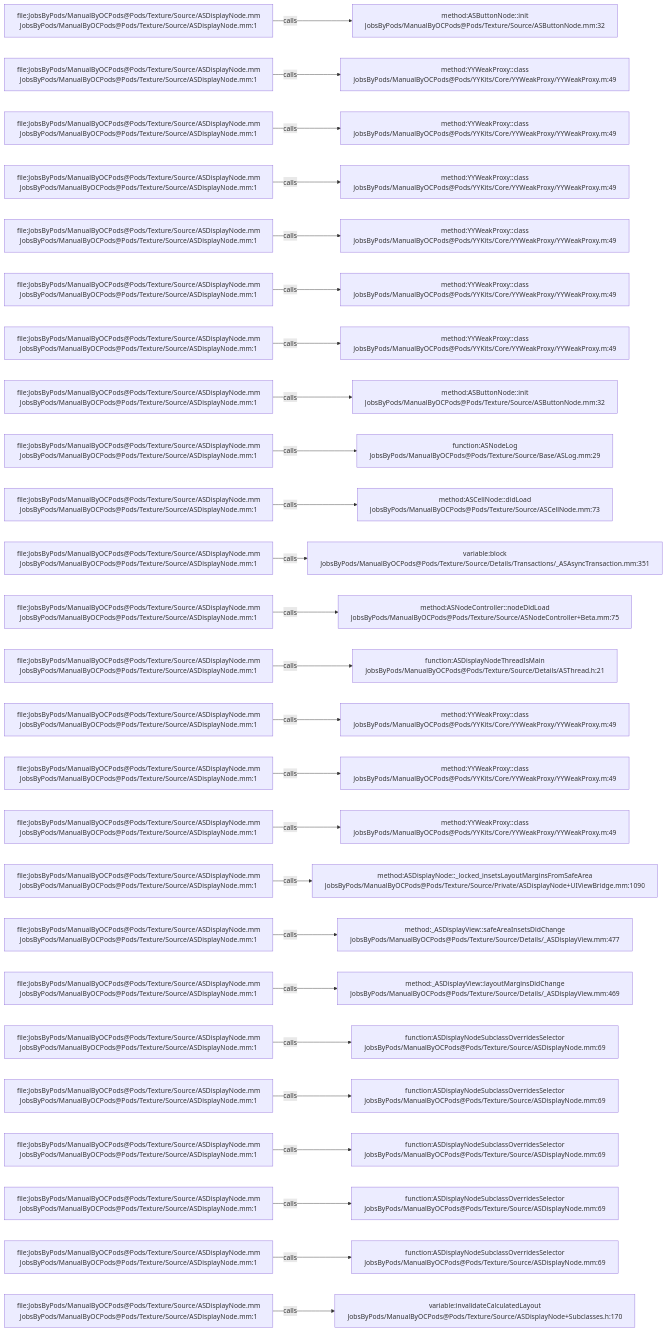
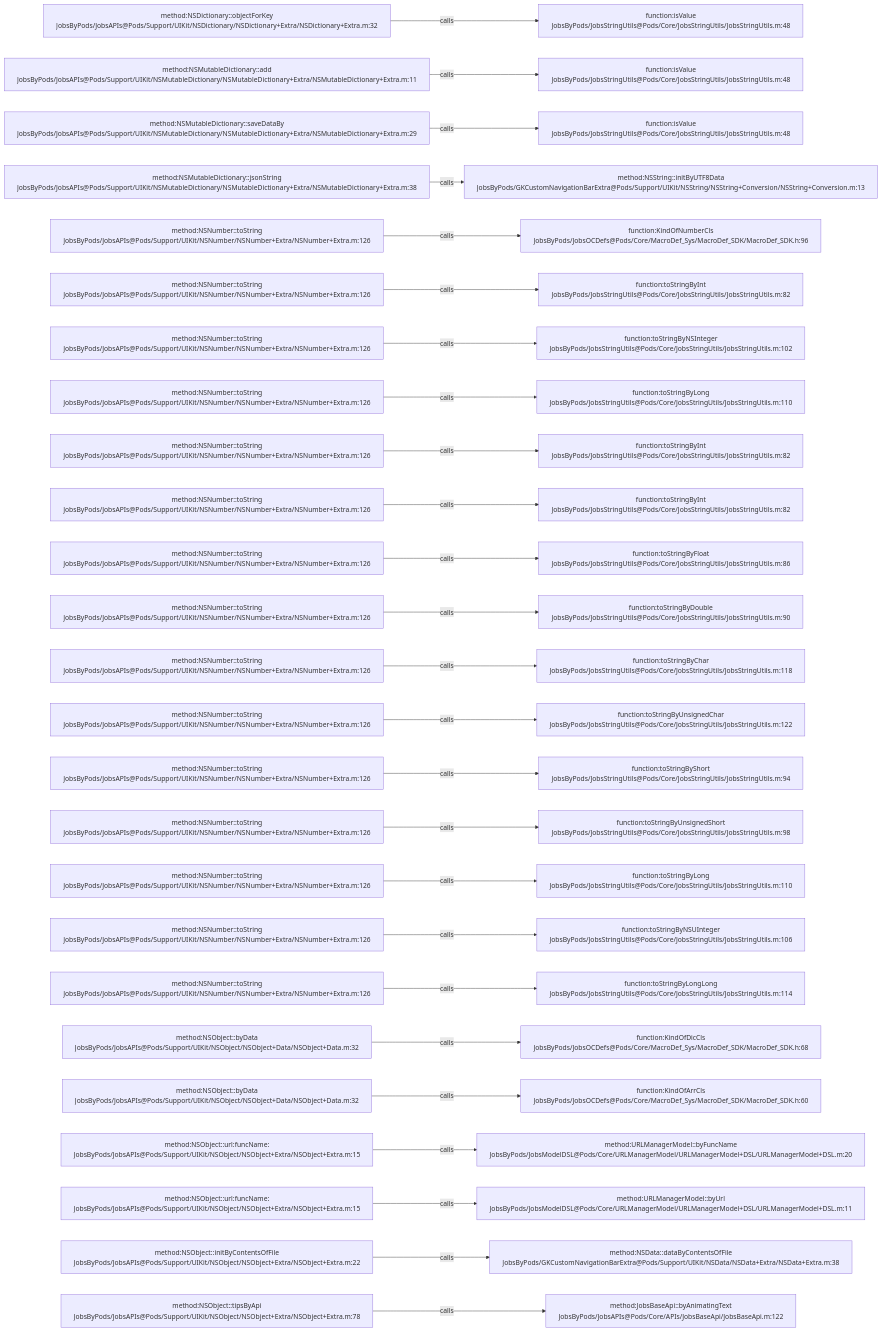
One commit to JobsKits/JobsOCBaseConfigDemo changed the diagram in .codegraph/codegraph.md/graphs/calls-083.md. Above: the diagram before and after it, drawn with Mermaid. The commit also changed 768 other files, not shown here.

````diff
--- a/.codegraph/codegraph.md/graphs/calls-083.md
+++ b/.codegraph/codegraph.md/graphs/calls-083.md
@@ -13,78 +13,78 @@
 ```mermaid
 flowchart LR
-  S1["file:JobsByPods/ManualByOCPods@Pods/Texture/Source/ASDisplayNode.mm<br/>JobsByPods/ManualByOCPods@Pods/Texture/Source/ASDisplayNode.mm:1"]
-  T1["method:ASButtonNode::init<br/>JobsByPods/ManualByOCPods@Pods/Texture/Source/ASButtonNode.mm:32"]
+  S1["method:NSDictionary::objectForKey<br/>JobsByPods/JobsAPIs@Pods/Support/UIKit/NSDictionary/NSDictionary+Extra/NSDictionary+Extra.m:32"]
+  T1["function:isValue<br/>JobsByPods/JobsStringUtils@Pods/Core/JobsStringUtils/JobsStringUtils.m:48"]
   S1 -->|calls| T1
-  S2["file:JobsByPods/ManualByOCPods@Pods/Texture/Source/ASDisplayNode.mm<br/>JobsByPods/ManualByOCPods@Pods/Texture/Source/ASDisplayNode.mm:1"]
-  T2["method:YYWeakProxy::class<br/>JobsByPods/ManualByOCPods@Pods/YYKits/Core/YYWeakProxy/YYWeakProxy.m:49"]
+  S2["method:NSMutableDictionary::add<br/>JobsByPods/JobsAPIs@Pods/Support/UIKit/NSMutableDictionary/NSMutableDictionary+Extra/NSMutableDictionary+Extra.m:11"]
+  T2["function:isValue<br/>JobsByPods/JobsStringUtils@Pods/Core/JobsStringUtils/JobsStringUtils.m:48"]
   S2 -->|calls| T2
-  S3["file:JobsByPods/ManualByOCPods@Pods/Texture/Source/ASDisplayNode.mm<br/>JobsByPods/ManualByOCPods@Pods/Texture/Source/ASDisplayNode.mm:1"]
-  T3["method:YYWeakProxy::class<br/>JobsByPods/ManualByOCPods@Pods/YYKits/Core/YYWeakProxy/YYWeakProxy.m:49"]
+  S3["method:NSMutableDictionary::saveDataBy<br/>JobsByPods/JobsAPIs@Pods/Support/UIKit/NSMutableDictionary/NSMutableDictionary+Extra/NSMutableDictionary+Extra.m:29"]
+  T3["function:isValue<br/>JobsByPods/JobsStringUtils@Pods/Core/JobsStringUtils/JobsStringUtils.m:48"]
   S3 -->|calls| T3
-  S4["file:JobsByPods/ManualByOCPods@Pods/Texture/Source/ASDisplayNode.mm<br/>JobsByPods/ManualByOCPods@Pods/Texture/Source/ASDisplayNode.mm:1"]
-  T4["method:YYWeakProxy::class<br/>JobsByPods/ManualByOCPods@Pods/YYKits/Core/YYWeakProxy/YYWeakProxy.m:49"]
+  S4["method:NSMutableDictionary::jsonString<br/>JobsByPods/JobsAPIs@Pods/Support/UIKit/NSMutableDictionary/NSMutableDictionary+Extra/NSMutableDictionary+Extra.m:38"]
+  T4["method:NSString::initByUTF8Data<br/>JobsByPods/GKCustomNavigationBarExtra@Pods/Support/UIKit/NSString/NSString+Conversion/NSString+Conversion.m:13"]
   S4 -->|calls| T4
-  S5["file:JobsByPods/ManualByOCPods@Pods/Texture/Source/ASDisplayNode.mm<br/>JobsByPods/ManualByOCPods@Pods/Texture/Source/ASDisplayNode.mm:1"]
-  T5["method:YYWeakProxy::class<br/>JobsByPods/ManualByOCPods@Pods/YYKits/Core/YYWeakProxy/YYWeakProxy.m:49"]
+  S5["method:NSNumber::toString<br/>JobsByPods/JobsAPIs@Pods/Support/UIKit/NSNumber/NSNumber+Extra/NSNumber+Extra.m:126"]
+  T5["function:KindOfNumberCls<br/>JobsByPods/JobsOCDefs@Pods/Core/MacroDef_Sys/MacroDef_SDK/MacroDef_SDK.h:96"]
   S5 -->|calls| T5
-  S6["file:JobsByPods/ManualByOCPods@Pods/Texture/Source/ASDisplayNode.mm<br/>JobsByPods/ManualByOCPods@Pods/Texture/Source/ASDisplayNode.mm:1"]
-  T6["method:YYWeakProxy::class<br/>JobsByPods/ManualByOCPods@Pods/YYKits/Core/YYWeakProxy/YYWeakProxy.m:49"]
+  S6["method:NSNumber::toString<br/>JobsByPods/JobsAPIs@Pods/Support/UIKit/NSNumber/NSNumber+Extra/NSNumber+Extra.m:126"]
+  T6["function:toStringByInt<br/>JobsByPods/JobsStringUtils@Pods/Core/JobsStringUtils/JobsStringUtils.m:82"]
   S6 -->|calls| T6
-  S7["file:JobsByPods/ManualByOCPods@Pods/Texture/Source/ASDisplayNode.mm<br/>JobsByPods/ManualByOCPods@Pods/Texture/Source/ASDisplayNode.mm:1"]
-  T7["method:YYWeakProxy::class<br/>JobsByPods/ManualByOCPods@Pods/YYKits/Core/YYWeakProxy/YYWeakProxy.m:49"]
+  S7["method:NSNumber::toString<br/>JobsByPods/JobsAPIs@Pods/Support/UIKit/NSNumber/NSNumber+Extra/NSNumber+Extra.m:126"]
+  T7["function:toStringByNSInteger<br/>JobsByPods/JobsStringUtils@Pods/Core/JobsStringUtils/JobsStringUtils.m:102"]
   S7 -->|calls| T7
-  S8["file:JobsByPods/ManualByOCPods@Pods/Texture/Source/ASDisplayNode.mm<br/>JobsByPods/ManualByOCPods@Pods/Texture/Source/ASDisplayNode.mm:1"]
-  T8["method:ASButtonNode::init<br/>JobsByPods/ManualByOCPods@Pods/Texture/Source/ASButtonNode.mm:32"]
+  S8["method:NSNumber::toString<br/>JobsByPods/JobsAPIs@Pods/Support/UIKit/NSNumber/NSNumber+Extra/NSNumber+Extra.m:126"]
+  T8["function:toStringByLong<br/>JobsByPods/JobsStringUtils@Pods/Core/JobsStringUtils/JobsStringUtils.m:110"]
   S8 -->|calls| T8
-  S9["file:JobsByPods/ManualByOCPods@Pods/Texture/Source/ASDisplayNode.mm<br/>JobsByPods/ManualByOCPods@Pods/Texture/Source/ASDisplayNode.mm:1"]
-  T9["function:ASNodeLog<br/>JobsByPods/ManualByOCPods@Pods/Texture/Source/Base/ASLog.mm:29"]
+  S9["method:NSNumber::toString<br/>JobsByPods/JobsAPIs@Pods/Support/UIKit/NSNumber/NSNumber+Extra/NSNumber+Extra.m:126"]
+  T9["function:toStringByInt<br/>JobsByPods/JobsStringUtils@Pods/Core/JobsStringUtils/JobsStringUtils.m:82"]
   S9 -->|calls| T9
-  S10["file:JobsByPods/ManualByOCPods@Pods/Texture/Source/ASDisplayNode.mm<br/>JobsByPods/ManualByOCPods@Pods/Texture/Source/ASDisplayNode.mm:1"]
-  T10["method:ASCellNode::didLoad<br/>JobsByPods/ManualByOCPods@Pods/Texture/Source/ASCellNode.mm:73"]
+  S10["method:NSNumber::toString<br/>JobsByPods/JobsAPIs@Pods/Support/UIKit/NSNumber/NSNumber+Extra/NSNumber+Extra.m:126"]
+  T10["function:toStringByInt<br/>JobsByPods/JobsStringUtils@Pods/Core/JobsStringUtils/JobsStringUtils.m:82"]
   S10 -->|calls| T10
-  S11["file:JobsByPods/ManualByOCPods@Pods/Texture/Source/ASDisplayNode.mm<br/>JobsByPods/ManualByOCPods@Pods/Texture/Source/ASDisplayNode.mm:1"]
-  T11["variable:block<br/>JobsByPods/ManualByOCPods@Pods/Texture/Source/Details/Transactions/_ASAsyncTransaction.mm:351"]
+  S11["method:NSNumber::toString<br/>JobsByPods/JobsAPIs@Pods/Support/UIKit/NSNumber/NSNumber+Extra/NSNumber+Extra.m:126"]
+  T11["function:toStringByFloat<br/>JobsByPods/JobsStringUtils@Pods/Core/JobsStringUtils/JobsStringUtils.m:86"]
   S11 -->|calls| T11
-  S12["file:JobsByPods/ManualByOCPods@Pods/Texture/Source/ASDisplayNode.mm<br/>JobsByPods/ManualByOCPods@Pods/Texture/Source/ASDisplayNode.mm:1"]
-  T12["method:ASNodeController::nodeDidLoad<br/>JobsByPods/ManualByOCPods@Pods/Texture/Source/ASNodeController+Beta.mm:75"]
+  S12["method:NSNumber::toString<br/>JobsByPods/JobsAPIs@Pods/Support/UIKit/NSNumber/NSNumber+Extra/NSNumber+Extra.m:126"]
+  T12["function:toStringByDouble<br/>JobsByPods/JobsStringUtils@Pods/Core/JobsStringUtils/JobsStringUtils.m:90"]
   S12 -->|calls| T12
-  S13["file:JobsByPods/ManualByOCPods@Pods/Texture/Source/ASDisplayNode.mm<br/>JobsByPods/ManualByOCPods@Pods/Texture/Source/ASDisplayNode.mm:1"]
-  T13["function:ASDisplayNodeThreadIsMain<br/>JobsByPods/ManualByOCPods@Pods/Texture/Source/Details/ASThread.h:21"]
+  S13["method:NSNumber::toString<br/>JobsByPods/JobsAPIs@Pods/Support/UIKit/NSNumber/NSNumber+Extra/NSNumber+Extra.m:126"]
+  T13["function:toStringByChar<br/>JobsByPods/JobsStringUtils@Pods/Core/JobsStringUtils/JobsStringUtils.m:118"]
   S13 -->|calls| T13
-  S14["file:JobsByPods/ManualByOCPods@Pods/Texture/Source/ASDisplayNode.mm<br/>JobsByPods/ManualByOCPods@Pods/Texture/Source/ASDisplayNode.mm:1"]
-  T14["method:YYWeakProxy::class<br/>JobsByPods/ManualByOCPods@Pods/YYKits/Core/YYWeakProxy/YYWeakProxy.m:49"]
+  S14["method:NSNumber::toString<br/>JobsByPods/JobsAPIs@Pods/Support/UIKit/NSNumber/NSNumber+Extra/NSNumber+Extra.m:126"]
+  T14["function:toStringByUnsignedChar<br/>JobsByPods/JobsStringUtils@Pods/Core/JobsStringUtils/JobsStringUtils.m:122"]
   S14 -->|calls| T14
-  S15["file:JobsByPods/ManualByOCPods@Pods/Texture/Source/ASDisplayNode.mm<br/>JobsByPods/ManualByOCPods@Pods/Texture/Source/ASDisplayNode.mm:1"]
-  T15["method:YYWeakProxy::class<br/>JobsByPods/ManualByOCPods@Pods/YYKits/Core/YYWeakProxy/YYWeakProxy.m:49"]
+  S15["method:NSNumber::toString<br/>JobsByPods/JobsAPIs@Pods/Support/UIKit/NSNumber/NSNumber+Extra/NSNumber+Extra.m:126"]
+  T15["function:toStringByShort<br/>JobsByPods/JobsStringUtils@Pods/Core/JobsStringUtils/JobsStringUtils.m:94"]
   S15 -->|calls| T15
-  S16["file:JobsByPods/ManualByOCPods@Pods/Texture/Source/ASDisplayNode.mm<br/>JobsByPods/ManualByOCPods@Pods/Texture/Source/ASDisplayNode.mm:1"]
-  T16["method:YYWeakProxy::class<br/>JobsByPods/ManualByOCPods@Pods/YYKits/Core/YYWeakProxy/YYWeakProxy.m:49"]
+  S16["method:NSNumber::toString<br/>JobsByPods/JobsAPIs@Pods/Support/UIKit/NSNumber/NSNumber+Extra/NSNumber+Extra.m:126"]
+  T16["function:toStringByUnsignedShort<br/>JobsByPods/JobsStringUtils@Pods/Core/JobsStringUtils/JobsStringUtils.m:98"]
   S16 -->|calls| T16
-  S17["file:JobsByPods/ManualByOCPods@Pods/Texture/Source/ASDisplayNode.mm<br/>JobsByPods/ManualByOCPods@Pods/Texture/Source/ASDisplayNode.mm:1"]
-  T17["method:ASDisplayNode::_locked_insetsLayoutMarginsFromSafeArea<br/>JobsByPods/ManualByOCPods@Pods/Texture/Source/Private/ASDisplayNode+UIViewBridge.mm:1090"]
+  S17["method:NSNumber::toString<br/>JobsByPods/JobsAPIs@Pods/Support/UIKit/NSNumber/NSNumber+Extra/NSNumber+Extra.m:126"]
+  T17["function:toStringByLong<br/>JobsByPods/JobsStringUtils@Pods/Core/JobsStringUtils/JobsStringUtils.m:110"]
   S17 -->|calls| T17
-  S18["file:JobsByPods/ManualByOCPods@Pods/Texture/Source/ASDisplayNode.mm<br/>JobsByPods/ManualByOCPods@Pods/Texture/Source/ASDisplayNode.mm:1"]
-  T18["method:_ASDisplayView::safeAreaInsetsDidChange<br/>JobsByPods/ManualByOCPods@Pods/Texture/Source/Details/_ASDisplayView.mm:477"]
+  S18["method:NSNumber::toString<br/>JobsByPods/JobsAPIs@Pods/Support/UIKit/NSNumber/NSNumber+Extra/NSNumber+Extra.m:126"]
+  T18["function:toStringByNSUInteger<br/>JobsByPods/JobsStringUtils@Pods/Core/JobsStringUtils/JobsStringUtils.m:106"]
   S18 -->|calls| T18
-  S19["file:JobsByPods/ManualByOCPods@Pods/Texture/Source/ASDisplayNode.mm<br/>JobsByPods/ManualByOCPods@Pods/Texture/Source/ASDisplayNode.mm:1"]
-  T19["method:_ASDisplayView::layoutMarginsDidChange<br/>JobsByPods/ManualByOCPods@Pods/Texture/Source/Details/_ASDisplayView.mm:469"]
+  S19["method:NSNumber::toString<br/>JobsByPods/JobsAPIs@Pods/Support/UIKit/NSNumber/NSNumber+Extra/NSNumber+Extra.m:126"]
+  T19["function:toStringByLongLong<br/>JobsByPods/JobsStringUtils@Pods/Core/JobsStringUtils/JobsStringUtils.m:114"]
   S19 -->|calls| T19
-  S20["file:JobsByPods/ManualByOCPods@Pods/Texture/Source/ASDisplayNode.mm<br/>JobsByPods/ManualByOCPods@Pods/Texture/Source/ASDisplayNode.mm:1"]
-  T20["function:ASDisplayNodeSubclassOverridesSelector<br/>JobsByPods/ManualByOCPods@Pods/Texture/Source/ASDisplayNode.mm:69"]
+  S20["method:NSObject::byData<br/>JobsByPods/JobsAPIs@Pods/Support/UIKit/NSObject/NSObject+Data/NSObject+Data.m:32"]
+  T20["function:KindOfDicCls<br/>JobsByPods/JobsOCDefs@Pods/Core/MacroDef_Sys/MacroDef_SDK/MacroDef_SDK.h:68"]
   S20 -->|calls| T20
-  S21["file:JobsByPods/ManualByOCPods@Pods/Texture/Source/ASDisplayNode.mm<br/>JobsByPods/ManualByOCPods@Pods/Texture/Source/ASDisplayNode.mm:1"]
-  T21["function:ASDisplayNodeSubclassOverridesSelector<br/>JobsByPods/ManualByOCPods@Pods/Texture/Source/ASDisplayNode.mm:69"]
+  S21["method:NSObject::byData<br/>JobsByPods/JobsAPIs@Pods/Support/UIKit/NSObject/NSObject+Data/NSObject+Data.m:32"]
+  T21["function:KindOfArrCls<br/>JobsByPods/JobsOCDefs@Pods/Core/MacroDef_Sys/MacroDef_SDK/MacroDef_SDK.h:60"]
   S21 -->|calls| T21
-  S22["file:JobsByPods/ManualByOCPods@Pods/Texture/Source/ASDisplayNode.mm<br/>JobsByPods/ManualByOCPods@Pods/Texture/Source/ASDisplayNode.mm:1"]
-  T22["function:ASDisplayNodeSubclassOverridesSelector<br/>JobsByPods/ManualByOCPods@Pods/Texture/Source/ASDisplayNode.mm:69"]
+  S22["method:NSObject::url:funcName:<br/>JobsByPods/JobsAPIs@Pods/Support/UIKit/NSObject/NSObject+Extra/NSObject+Extra.m:15"]
+  T22["method:URLManagerModel::byFuncName<br/>JobsByPods/JobsModelDSL@Pods/Core/URLManagerModel/URLManagerModel+DSL/URLManagerModel+DSL.m:20"]
   S22 -->|calls| T22
-  S23["file:JobsByPods/ManualByOCPods@Pods/Texture/Source/ASDisplayNode.mm<br/>JobsByPods/ManualByOCPods@Pods/Texture/Source/ASDisplayNode.mm:1"]
-  T23["function:ASDisplayNodeSubclassOverridesSelector<br/>JobsByPods/ManualByOCPods@Pods/Texture/Source/ASDisplayNode.mm:69"]
+  S23["method:NSObject::url:funcName:<br/>JobsByPods/JobsAPIs@Pods/Support/UIKit/NSObject/NSObject+Extra/NSObject+Extra.m:15"]
+  T23["method:URLManagerModel::byUrl<br/>JobsByPods/JobsModelDSL@Pods/Core/URLManagerModel/URLManagerModel+DSL/URLManagerModel+DSL.m:11"]
   S23 -->|calls| T23
-  S24["file:JobsByPods/ManualByOCPods@Pods/Texture/Source/ASDisplayNode.mm<br/>JobsByPods/ManualByOCPods@Pods/Texture/Source/ASDisplayNode.mm:1"]
-  T24["function:ASDisplayNodeSubclassOverridesSelector<br/>JobsByPods/ManualByOCPods@Pods/Texture/Source/ASDisplayNode.mm:69"]
+  S24["method:NSObject::initByContentsOfFile<br/>JobsByPods/JobsAPIs@Pods/Support/UIKit/NSObject/NSObject+Extra/NSObject+Extra.m:22"]
+  T24["method:NSData::dataByContentsOfFile<br/>JobsByPods/GKCustomNavigationBarExtra@Pods/Support/UIKit/NSData/NSData+Extra/NSData+Extra.m:38"]
   S24 -->|calls| T24
-  S25["file:JobsByPods/ManualByOCPods@Pods/Texture/Source/ASDisplayNode.mm<br/>JobsByPods/ManualByOCPods@Pods/Texture/Source/ASDisplayNode.mm:1"]
-  T25["variable:invalidateCalculatedLayout<br/>JobsByPods/ManualByOCPods@Pods/Texture/Source/ASDisplayNode+Subclasses.h:170"]
+  S25["method:NSObject::tipsByApi<br/>JobsByPods/JobsAPIs@Pods/Support/UIKit/NSObject/NSObject+Extra/NSObject+Extra.m:78"]
+  T25["method:JobsBaseApi::byAnimatingText<br/>JobsByPods/JobsAPIs@Pods/Core/APIs/JobsBaseApi/JobsBaseApi.m:122"]
   S25 -->|calls| T25
 ```
````
